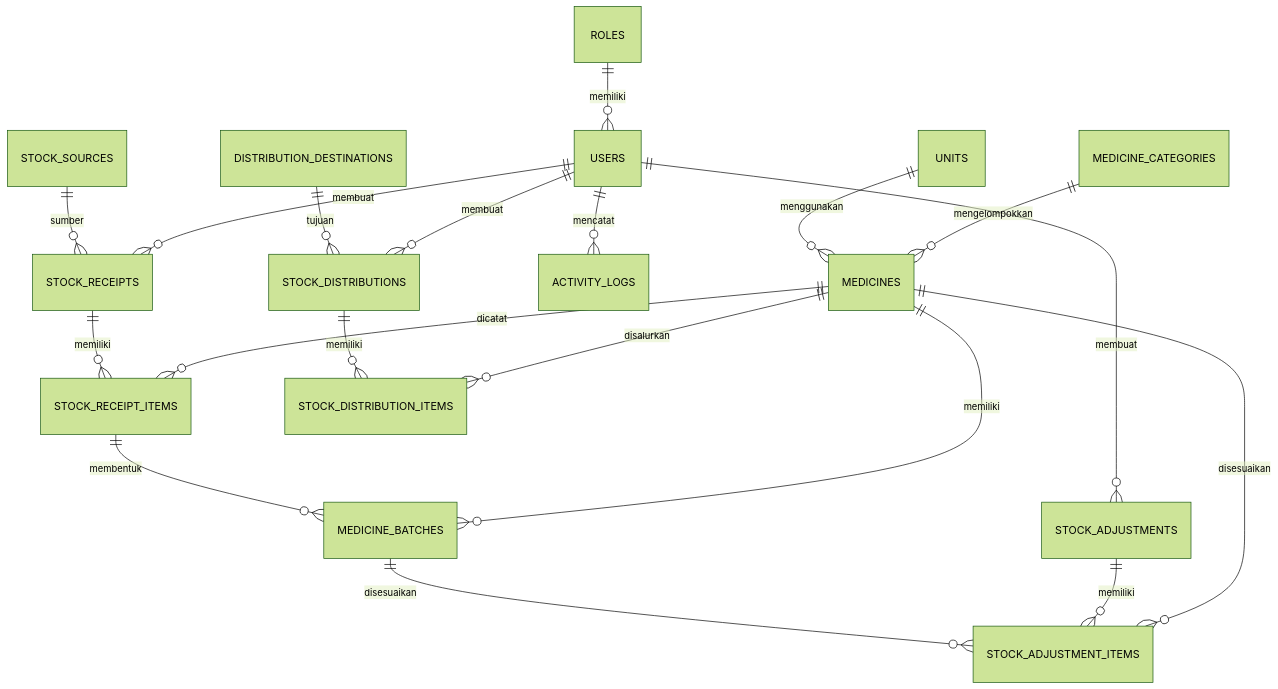
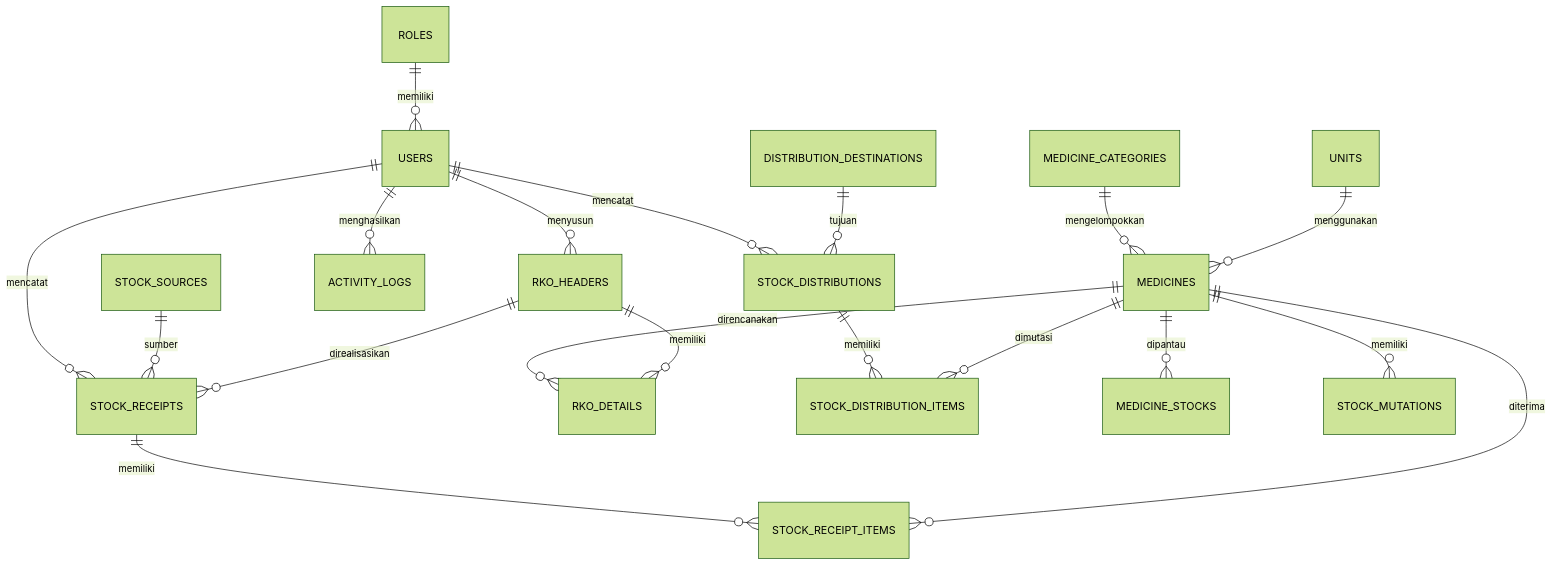
The second of 5 diagrams in docs/bab-4-hasil-dan-pembahasan.md (MochJuang/aliftha-monitroing-obat), drawn with Mermaid (forest theme) before and after one commit. The commit also changed other lines of this file and 114 other files, not shown here.

````diff
--- a/docs/bab-4-hasil-dan-pembahasan.md
+++ b/docs/bab-4-hasil-dan-pembahasan.md
@@ -63,25 +66,26 @@
 ```mermaid
 erDiagram
     ROLES ||--o{ USERS : memiliki
-    USERS ||--o{ STOCK_RECEIPTS : membuat
-    USERS ||--o{ STOCK_DISTRIBUTIONS : membuat
-    USERS ||--o{ STOCK_ADJUSTMENTS : membuat
-    USERS ||--o{ ACTIVITY_LOGS : mencatat
+    USERS ||--o{ RKO_HEADERS : menyusun
+    USERS ||--o{ STOCK_RECEIPTS : mencatat
+    USERS ||--o{ STOCK_DISTRIBUTIONS : mencatat
+    USERS ||--o{ ACTIVITY_LOGS : menghasilkan
 
     MEDICINE_CATEGORIES ||--o{ MEDICINES : mengelompokkan
     UNITS ||--o{ MEDICINES : menggunakan
-    MEDICINES ||--o{ STOCK_RECEIPT_ITEMS : dicatat
-    MEDICINES ||--o{ MEDICINE_BATCHES : memiliki
-    MEDICINES ||--o{ STOCK_DISTRIBUTION_ITEMS : disalurkan
-    MEDICINES ||--o{ STOCK_ADJUSTMENT_ITEMS : disesuaikan
+
+    MEDICINES ||--o{ RKO_DETAILS : direncanakan
+    RKO_HEADERS ||--o{ RKO_DETAILS : memiliki
 
     STOCK_SOURCES ||--o{ STOCK_RECEIPTS : sumber
+    RKO_HEADERS ||--o{ STOCK_RECEIPTS : direalisasikan
     STOCK_RECEIPTS ||--o{ STOCK_RECEIPT_ITEMS : memiliki
-    STOCK_RECEIPT_ITEMS ||--o{ MEDICINE_BATCHES : membentuk
+    MEDICINES ||--o{ STOCK_RECEIPT_ITEMS : diterima
 
     DISTRIBUTION_DESTINATIONS ||--o{ STOCK_DISTRIBUTIONS : tujuan
     STOCK_DISTRIBUTIONS ||--o{ STOCK_DISTRIBUTION_ITEMS : memiliki
+    MEDICINES ||--o{ STOCK_DISTRIBUTION_ITEMS : dimutasi
 
-    STOCK_ADJUSTMENTS ||--o{ STOCK_ADJUSTMENT_ITEMS : memiliki
-    MEDICINE_BATCHES ||--o{ STOCK_ADJUSTMENT_ITEMS : disesuaikan
+    MEDICINES ||--o{ MEDICINE_STOCKS : dipantau
+    MEDICINES ||--o{ STOCK_MUTATIONS : memiliki
 ```
````
